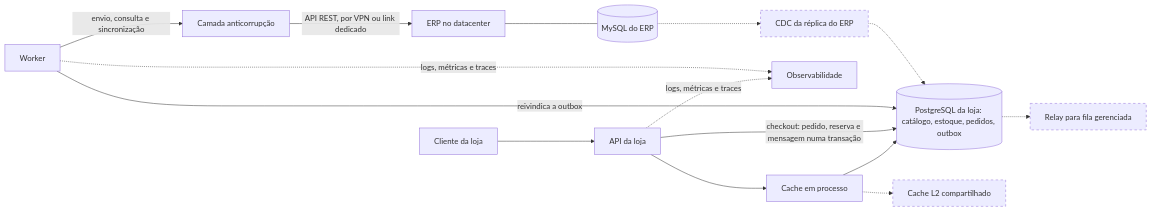
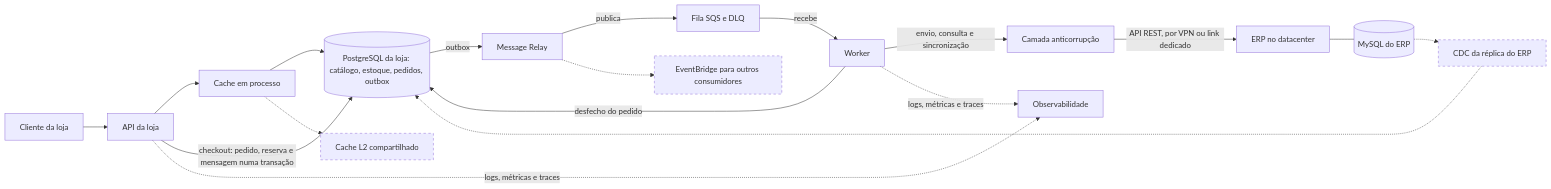
One commit to roneyrogerio/casecellshop-backend changed the diagram in ARCHITECTURE.md. Above: the diagram before and after it, drawn with Mermaid. The commit also changed other lines of this file and 3 other files, not shown here.

First line of the commit message:
docs(specs): faz do SQS a fila do faturamento, com a outbox como caixa de saída

````diff
--- a/ARCHITECTURE.md
+++ b/ARCHITECTURE.md
@@ -159,18 +159,21 @@
 ```mermaid
 flowchart LR
   cliente[Cliente da loja] --> api[API da loja]
   api --> cache[Cache em processo]
   cache --> banco[(PostgreSQL da loja: catálogo, estoque, pedidos, outbox)]
   api -->|checkout: pedido, reserva e mensagem numa transação| banco
-  worker[Worker] -->|reivindica a outbox| banco
+  banco -->|outbox| relay[Message Relay]
+  relay -->|publica| sqs[Fila SQS e DLQ]
+  sqs -->|recebe| worker[Worker]
+  worker -->|desfecho do pedido| banco
   worker -->|envio, consulta e sincronização| acl[Camada anticorrupção]
   acl -->|API REST, por VPN ou link dedicado| erp[ERP no datacenter]
   erp --- mysql[(MySQL do ERP)]
   api -. logs, métricas e traces .-> obs[Observabilidade]
   worker -. logs, métricas e traces .-> obs
   cache -.-> l2[Cache L2 compartilhado]:::alvo
   mysql -.-> cdc[CDC da réplica do ERP]:::alvo
   cdc -.-> banco
-  banco -.-> relay[Relay para fila gerenciada]:::alvo
+  relay -.-> eb[EventBridge para outros consumidores]:::alvo
   classDef alvo stroke-dasharray: 5 5
 ```
````
